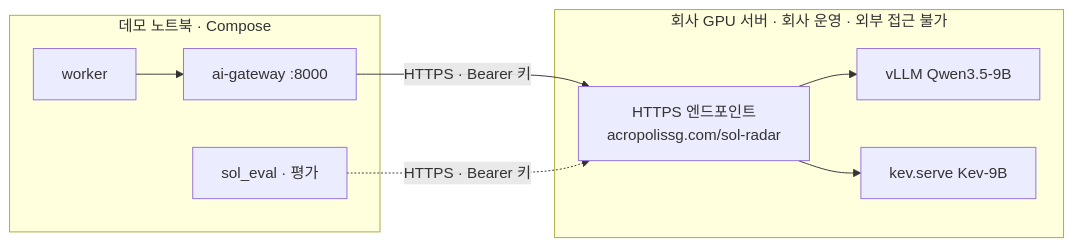
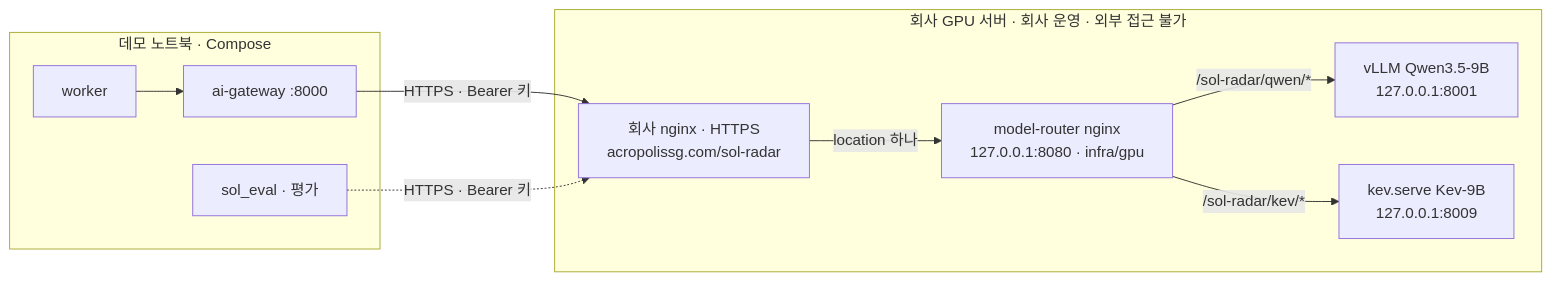
Before and after one commit to solideoai/sol-radar: the diagram in docs/10-DEPLOYMENT.md, drawn with Mermaid. The commit also changed other lines of this file and 20 other files, not shown here.

First line of the commit message:
docs: ADR-025 GPU 엔드포인트·ADR-026 팀 생성 반영

````diff
--- a/docs/10-DEPLOYMENT.md
+++ b/docs/10-DEPLOYMENT.md
@@ -120,14 +120,15 @@
 ```mermaid
 flowchart LR
  subgraph LAPTOP[데모 노트북 · Compose]
   W[worker] --> G[ai-gateway :8000]
   E[sol_eval · 평가]
  end
  subgraph GPU[회사 GPU 서버 · 회사 운영 · 외부 접근 불가]
-  EP[HTTPS 엔드포인트<br/>acropolissg.com/sol-radar]
-  EP --> Q[vLLM Qwen3.5-9B]
-  EP --> K[kev.serve Kev-9B]
+  EP["회사 nginx · HTTPS<br/>acropolissg.com/sol-radar"]
+  EP -- "location 하나" --> RT["model-router nginx<br/>127.0.0.1:8080 · infra/gpu"]
+  RT -- "/sol-radar/qwen/*" --> Q["vLLM Qwen3.5-9B<br/>127.0.0.1:8001"]
+  RT -- "/sol-radar/kev/*" --> K["kev.serve Kev-9B<br/>127.0.0.1:8009"]
  end
  G -- HTTPS · Bearer 키 --> EP
  E -. HTTPS · Bearer 키 .-> EP
 ```
````
